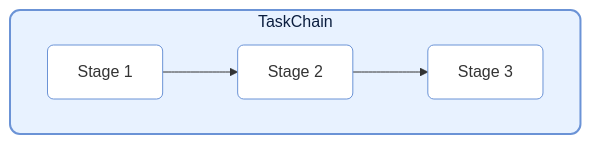
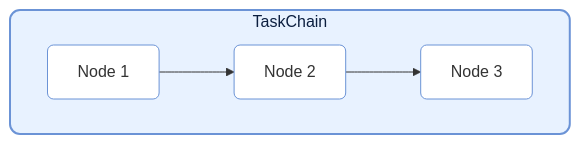
Before and after one commit to Mr-xiaotian/CelestialFlow: the first of 6 diagrams in docs/ja/src/graph/core_structure.md, drawn with Mermaid. The commit also changed other lines of this file and 181 other files, not shown here.

````diff
--- a/docs/ja/src/graph/core_structure.md
+++ b/docs/ja/src/graph/core_structure.md
@@ -9,13 +9,13 @@
 ```mermaid
 flowchart LR
     subgraph TC[TaskChain]
         direction LR
-        S1[Stage 1]
-        S2[Stage 2]
-        S3[Stage 3]
+        S1[Node 1]
+        S2[Node 2]
+        S3[Node 3]
         S1 --> S2 --> S3
     end
     style TC fill:#e8f2ff,stroke:#6b93d6,stroke-width:2px,color:#0b1e3f,rx:10px,ry:10px
     classDef blueNode fill:#ffffff,stroke:#6b93d6,rx:6px,ry:6px;
     class S1,S2,S3 blueNode;
 ```
````
